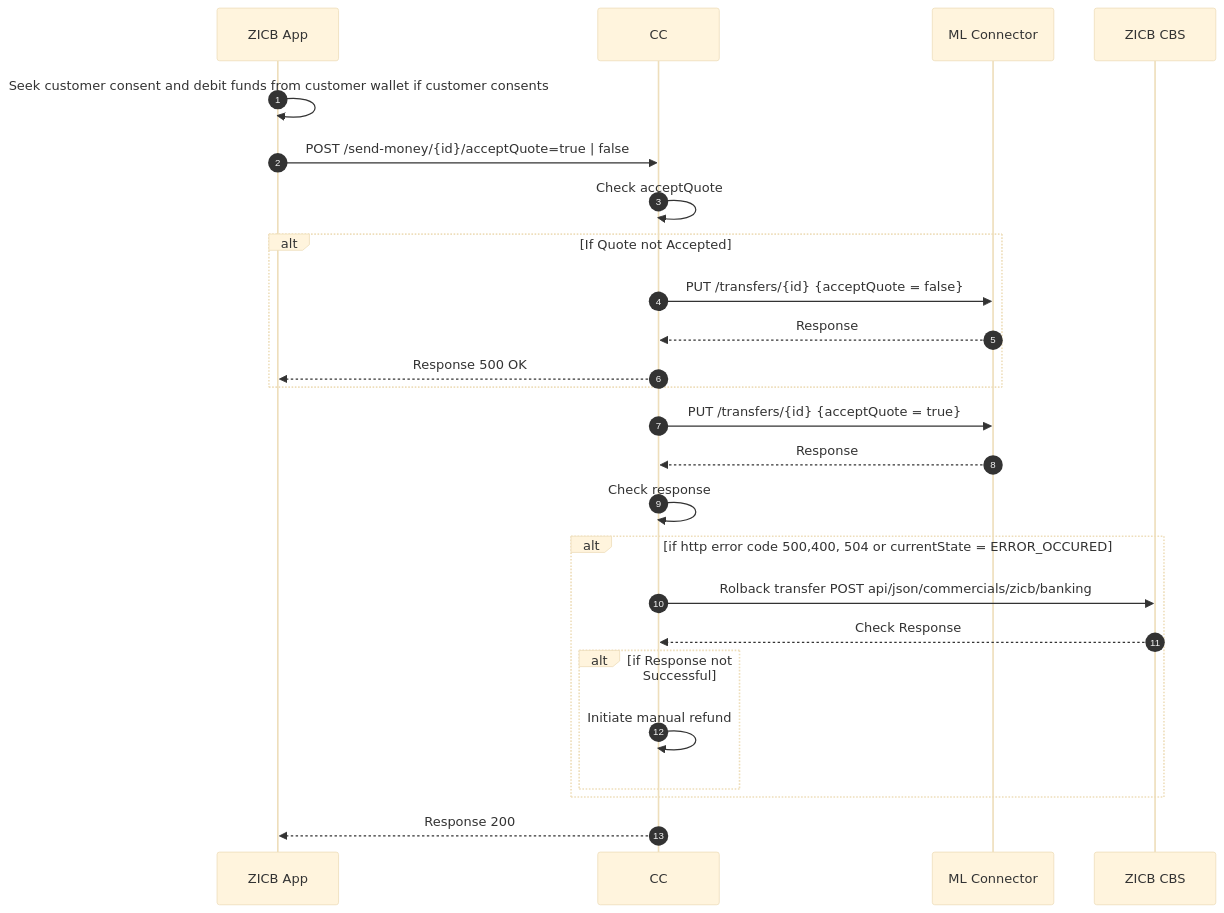
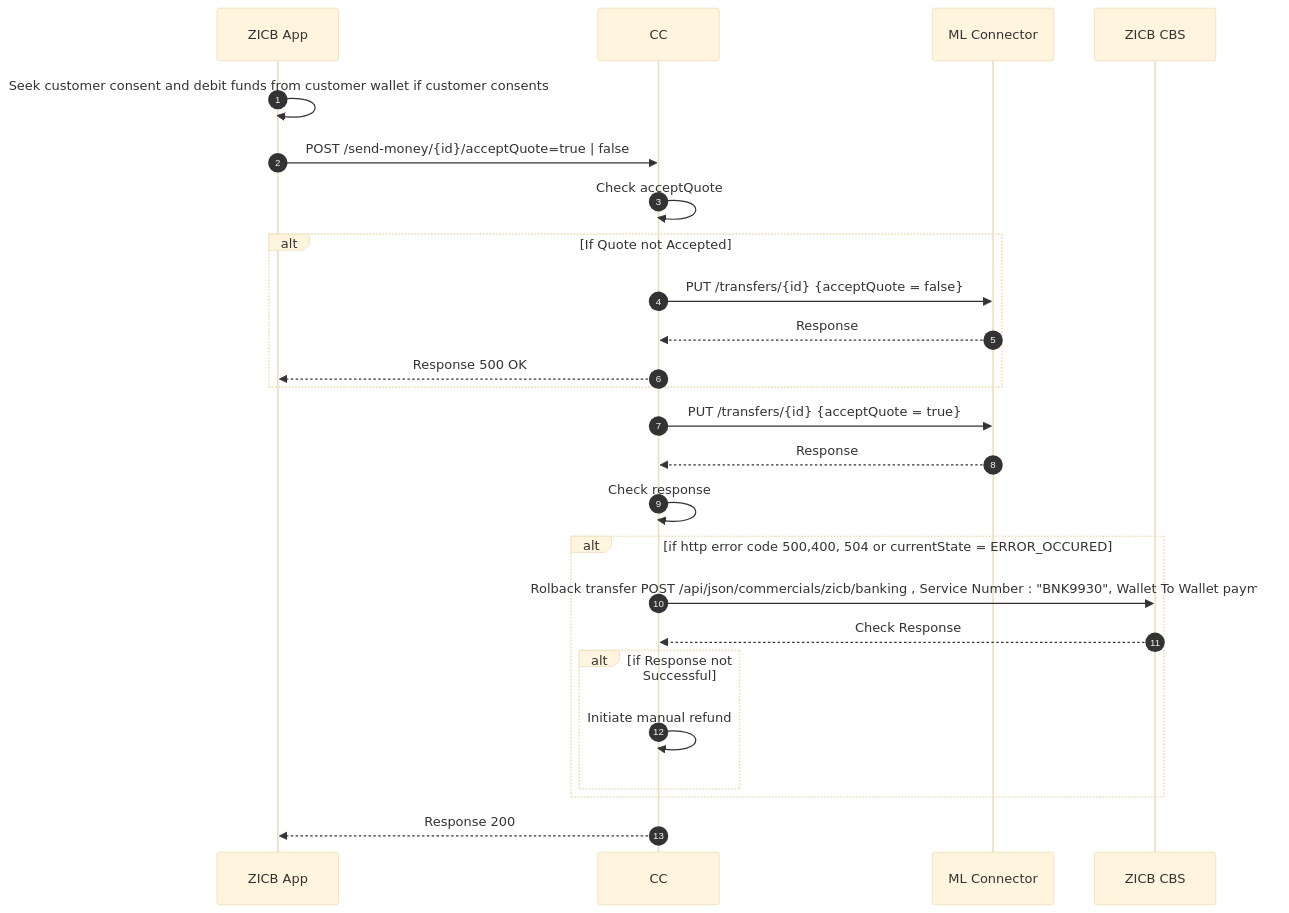
Before and after one commit to mojaloop/ml-reference-connectors: the diagram in zicb-zm-core-connector/docs/payer/payer-update-send-money-bank.md, drawn with Mermaid (base theme). The commit also changed 19 other files, not shown here.

````diff
--- a/zicb-zm-core-connector/docs/payer/payer-update-send-money-bank.md
+++ b/zicb-zm-core-connector/docs/payer/payer-update-send-money-bank.md
@@ -4,23 +4,23 @@
 ```mermaid
 sequenceDiagram
   autoNumber
   ZICB App->>ZICB App: Seek customer consent and debit funds from customer wallet if customer consents
   ZICB App->>CC: POST /send-money/{id}/acceptQuote=true | false
   CC->>CC: Check acceptQuote
   Alt If Quote not Accepted
   CC->>ML Connector:PUT  /transfers/{id} {acceptQuote = false}
   ML Connector-->>CC: Response 
   CC-->>ZICB App: Response 500 OK
   End 
   CC->>ML Connector:PUT  /transfers/{id} {acceptQuote = true}
   ML Connector-->>CC: Response
   CC->>CC: Check response
   Alt if http error code 500,400, 504 or currentState = ERROR_OCCURED
-  CC->>ZICB CBS : Rolback transfer POST api/json/commercials/zicb/banking
+  CC->>ZICB CBS : Rolback transfer  POST /api/json/commercials/zicb/banking , Service Number : "BNK9930", Wallet To Wallet payment
   ZICB CBS-->>CC:Check Response
   Alt if Response not Successful
   CC->>CC: Initiate manual refund
   End
   End
   CC-->> ZICB App: Response 200
 ```
````
